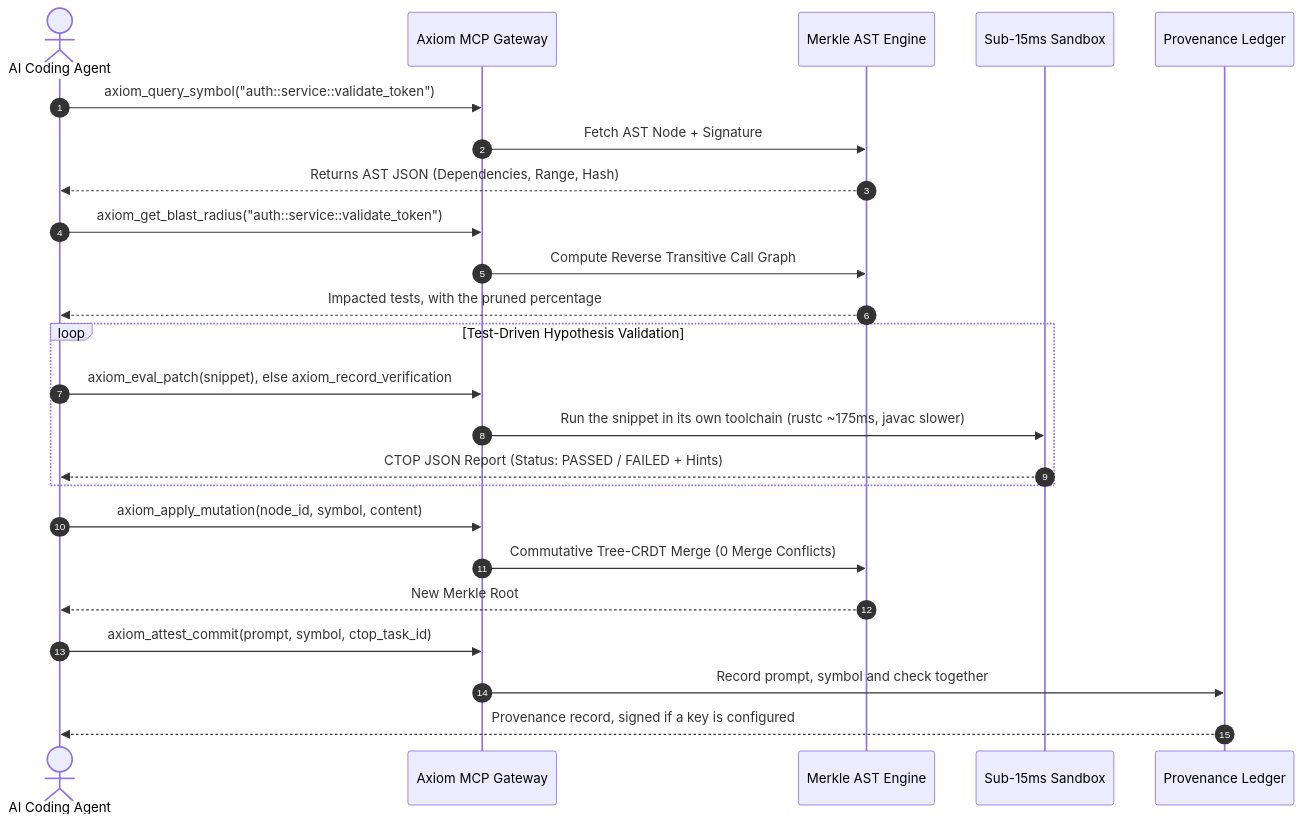
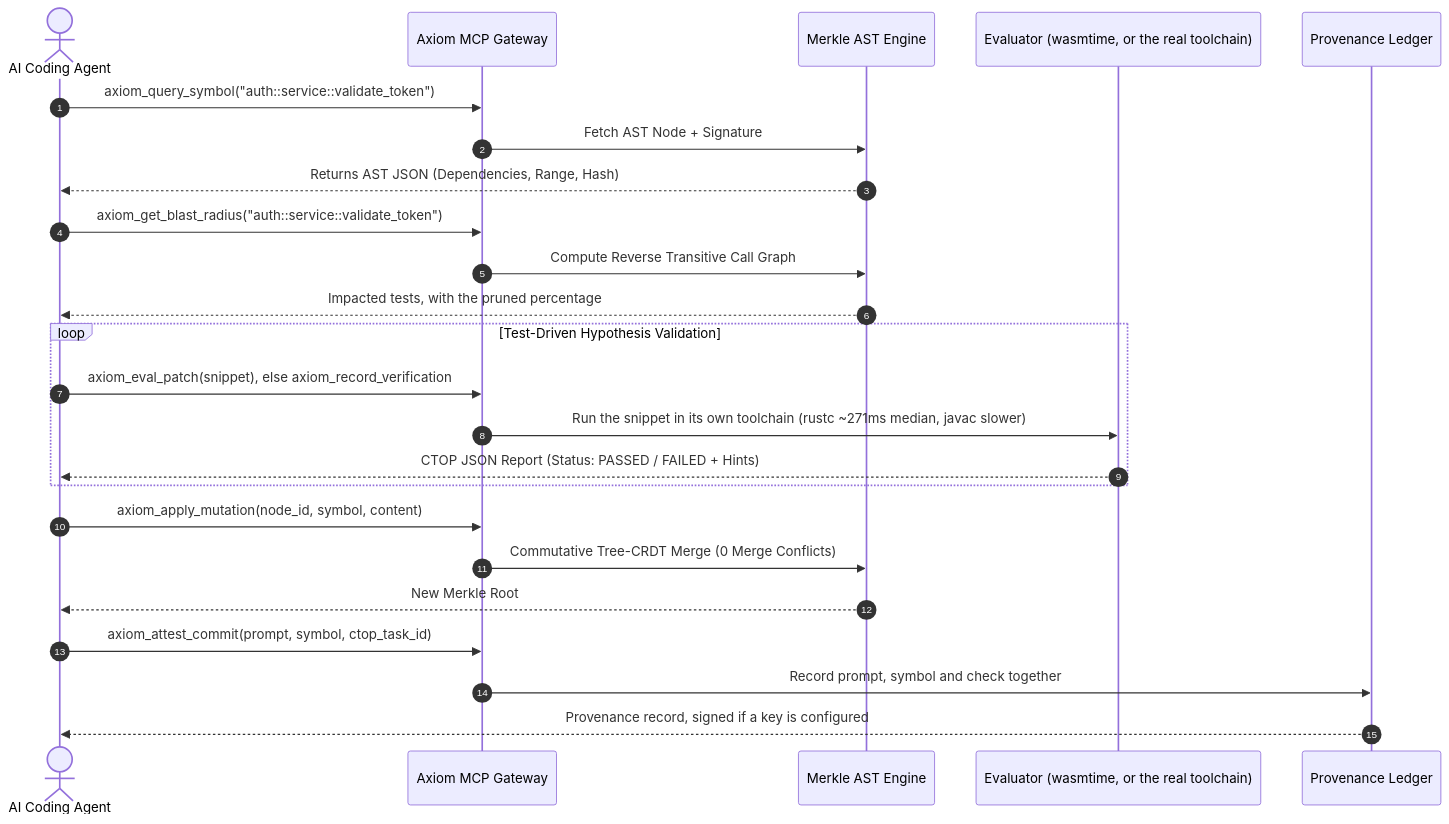
The diagram in docs/USAGE_GUIDE.md (PIsberg/axiom), drawn with Mermaid before and after one commit. The commit also changed other lines of this file and 14 other files, not shown here.

````diff
--- a/docs/USAGE_GUIDE.md
+++ b/docs/USAGE_GUIDE.md
@@ -30,31 +31,31 @@
 ```mermaid
 sequenceDiagram
     autonumber
     actor AI as AI Coding Agent
     participant MCP as Axiom MCP Gateway
     participant AST as Merkle AST Engine
-    participant VMM as Sub-15ms Sandbox
+    participant VMM as Evaluator (wasmtime, or the real toolchain)
     participant Ledger as Provenance Ledger
 
     AI->>MCP: axiom_query_symbol("auth::service::validate_token")
     MCP->>AST: Fetch AST Node + Signature
     AST-->>AI: Returns AST JSON (Dependencies, Range, Hash)
 
     AI->>MCP: axiom_get_blast_radius("auth::service::validate_token")
     MCP->>AST: Compute Reverse Transitive Call Graph
     AST-->>AI: Impacted tests, with the pruned percentage
 
     loop Test-Driven Hypothesis Validation
         AI->>MCP: axiom_eval_patch(snippet), else axiom_record_verification
-        MCP->>VMM: Run the snippet in its own toolchain (rustc ~175ms, javac slower)
+        MCP->>VMM: Run the snippet in its own toolchain (rustc ~271ms median, javac slower)
         VMM-->>AI: CTOP JSON Report (Status: PASSED / FAILED + Hints)
     end
 
     AI->>MCP: axiom_apply_mutation(node_id, symbol, content)
     MCP->>AST: Commutative Tree-CRDT Merge (0 Merge Conflicts)
     AST-->>AI: New Merkle Root
 
     AI->>MCP: axiom_attest_commit(prompt, symbol, ctop_task_id)
     MCP->>Ledger: Record prompt, symbol and check together
     Ledger-->>AI: Provenance record, signed if a key is configured
 ```
````
